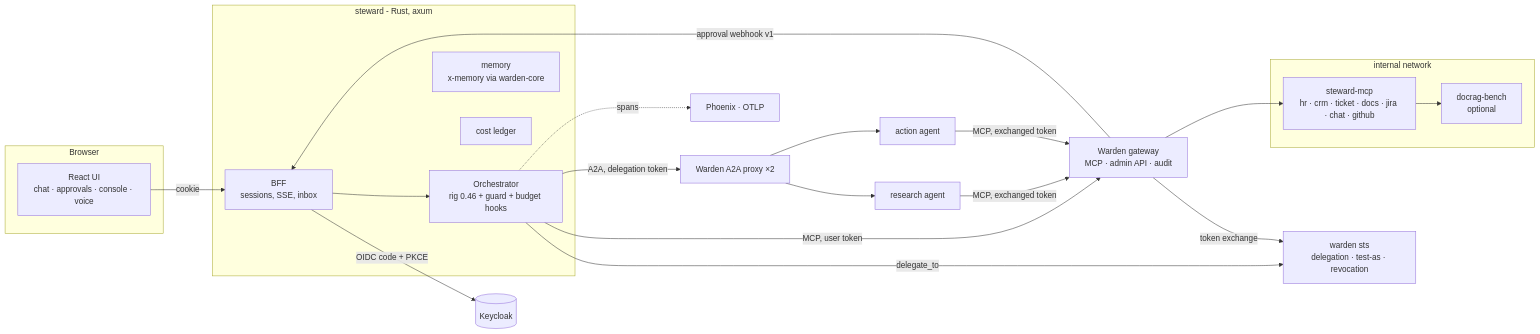
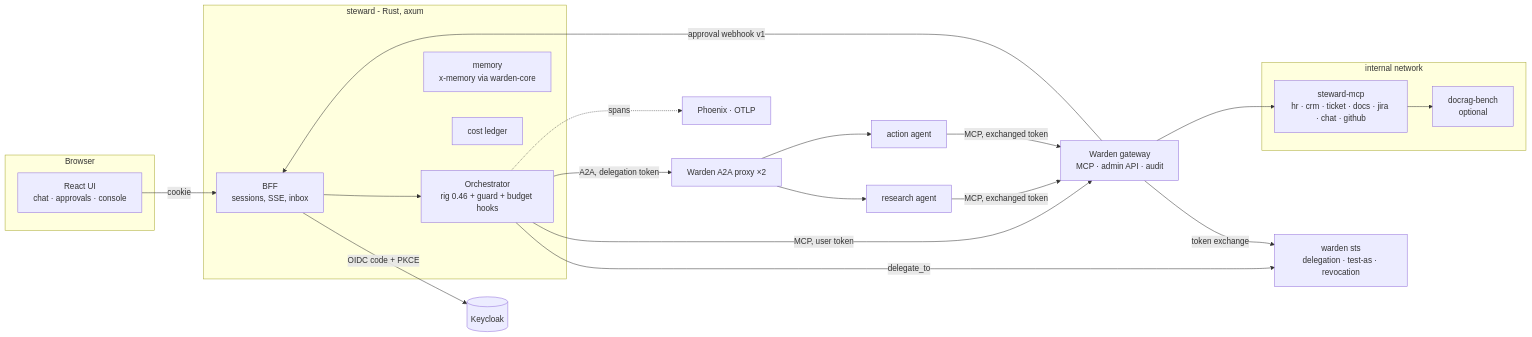
The first of 2 diagrams in docs/architecture.md (byQuexo/steward), drawn with Mermaid before and after one commit. The commit also changed 16 other files, not shown here.

````diff
--- a/docs/architecture.md
+++ b/docs/architecture.md
@@ -11,35 +11,35 @@
 ```mermaid
 flowchart LR
   subgraph Browser
-    UI[React UI<br/>chat · approvals · console · voice]
+    UI[React UI<br/>chat · approvals · console]
   end
   subgraph Steward[steward - Rust, axum]
     BFF[BFF<br/>sessions, SSE, inbox]
     ORCH[Orchestrator<br/>rig 0.46 + guard + budget hooks]
     MEM[memory<br/>x-memory via warden-core]
     COST[cost ledger]
   end
   KC[(Keycloak)]
   STS[warden sts<br/>delegation · test-as · revocation]
   GW[Warden gateway<br/>MCP · admin API · audit]
   A2AP[Warden A2A proxy ×2]
   RES[research agent]
   ACT[action agent]
   subgraph tools[internal network]
     MCP[steward-mcp<br/>hr · crm · ticket · docs · jira · chat · github]
     DR[docrag-bench<br/>optional]
   end
   PH[Phoenix · OTLP]
 
   UI -- cookie --> BFF
   BFF -- OIDC code + PKCE --> KC
   BFF --> ORCH
   ORCH -- MCP, user token --> GW
   ORCH -- delegate_to --> STS
   ORCH -- A2A, delegation token --> A2AP --> RES & ACT
   RES & ACT -- MCP, exchanged token --> GW
   GW -- token exchange --> STS
   GW --> MCP --> DR
   GW -- approval webhook v1 --> BFF
   ORCH -. spans .-> PH
 ```
````
